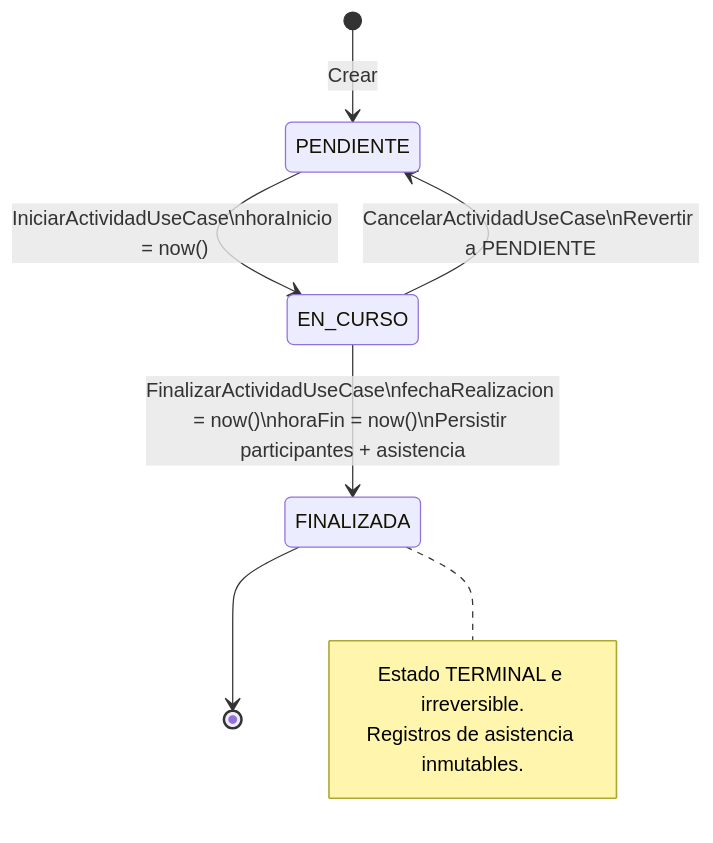
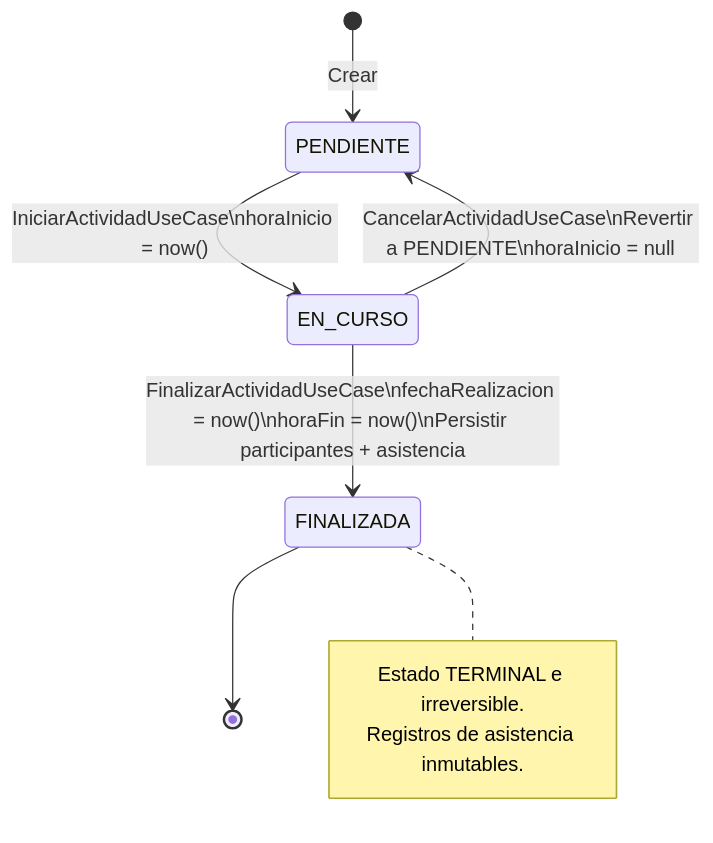
Before and after one commit to sibeuco/DocumentacionSibe: diagram 13 of 18 in docs/artifacts/21.arquitectura_de_referencia.md, drawn with Mermaid. The commit also changed other lines of this file and 9 other files, not shown here.

````diff
--- a/docs/artifacts/21.arquitectura_de_referencia.md
+++ b/docs/artifacts/21.arquitectura_de_referencia.md
@@ -988,13 +989,13 @@
 ```mermaid
 stateDiagram-v2
     [*] --> PENDIENTE : Crear
     PENDIENTE --> EN_CURSO : IniciarActividadUseCase\nhoraInicio = now()
-    EN_CURSO --> PENDIENTE : CancelarActividadUseCase\nRevertir a PENDIENTE
+    EN_CURSO --> PENDIENTE : CancelarActividadUseCase\nRevertir a PENDIENTE\nhoraInicio = null
     EN_CURSO --> FINALIZADA : FinalizarActividadUseCase\nfechaRealizacion = now()\nhoraFin = now()\nPersistir participantes + asistencia
     FINALIZADA --> [*]
 
     note right of FINALIZADA
         Estado TERMINAL e irreversible.
         Registros de asistencia inmutables.
     end note
 ```
````
